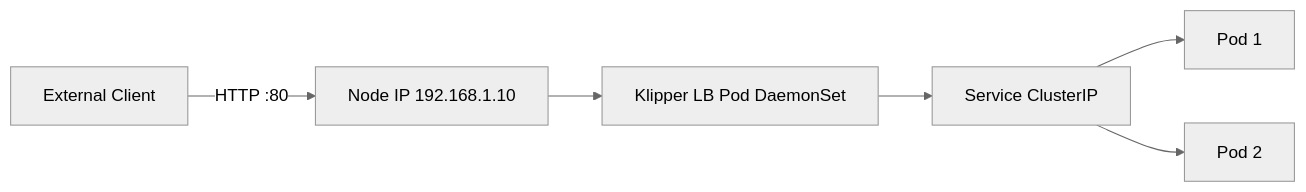
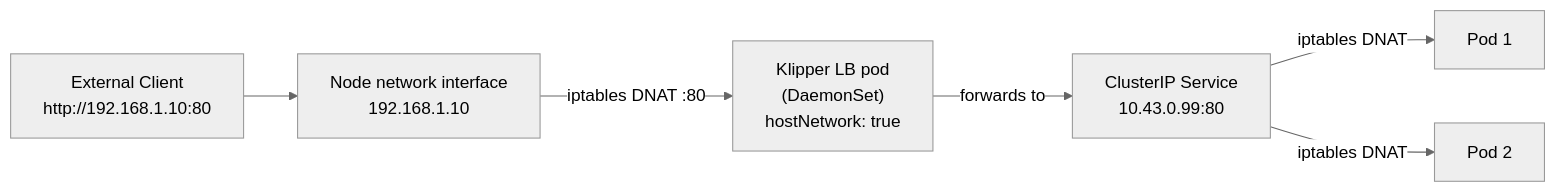
The fifth of 8 diagrams in 04_networking/02_service_types.md (UncleJS/course_k3s), drawn with Mermaid (neutral theme) before and after one commit. The commit also changed other lines of this file and 45 other files, not shown here.

First line of the commit message:
Expand all course lessons: Mermaid diagrams + rich prose across 43 files

````diff
--- a/04_networking/02_service_types.md
+++ b/04_networking/02_service_types.md
@@ -128,8 +223,8 @@
 ```mermaid
 flowchart LR
-    EXT[External Client] -->|"HTTP :80"| NODE["Node IP 192.168.1.10"]
-    NODE --> KLIPPER[Klipper LB Pod DaemonSet]
-    KLIPPER --> SVC[Service ClusterIP]
-    SVC --> P1[Pod 1]
-    SVC --> P2[Pod 2]
+    EXT["External Client<br/>http://192.168.1.10:80"] --> HOST["Node network interface<br/>192.168.1.10"]
+    HOST -->|"iptables DNAT :80"| KLIPPER["Klipper LB pod<br/>(DaemonSet)<br/>hostNetwork: true"]
+    KLIPPER -->|"forwards to"| SVC["ClusterIP Service<br/>10.43.0.99:80"]
+    SVC -->|"iptables DNAT"| P1["Pod 1"]
+    SVC -->|"iptables DNAT"| P2["Pod 2"]
 ```
````
